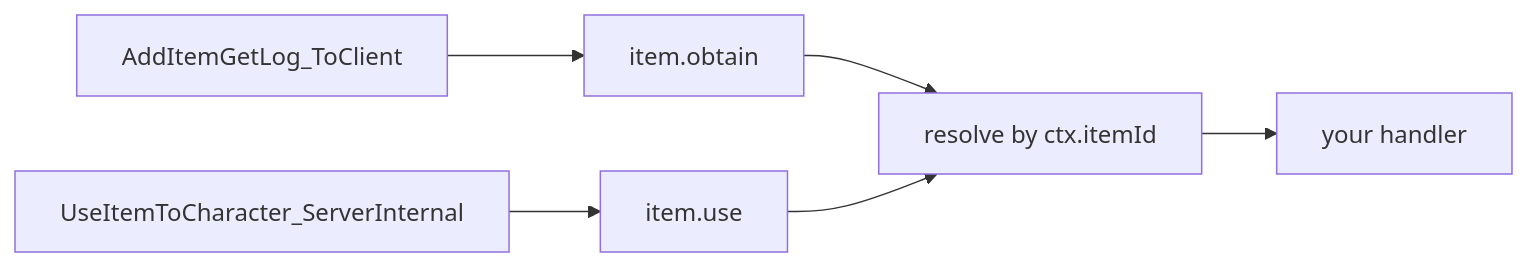
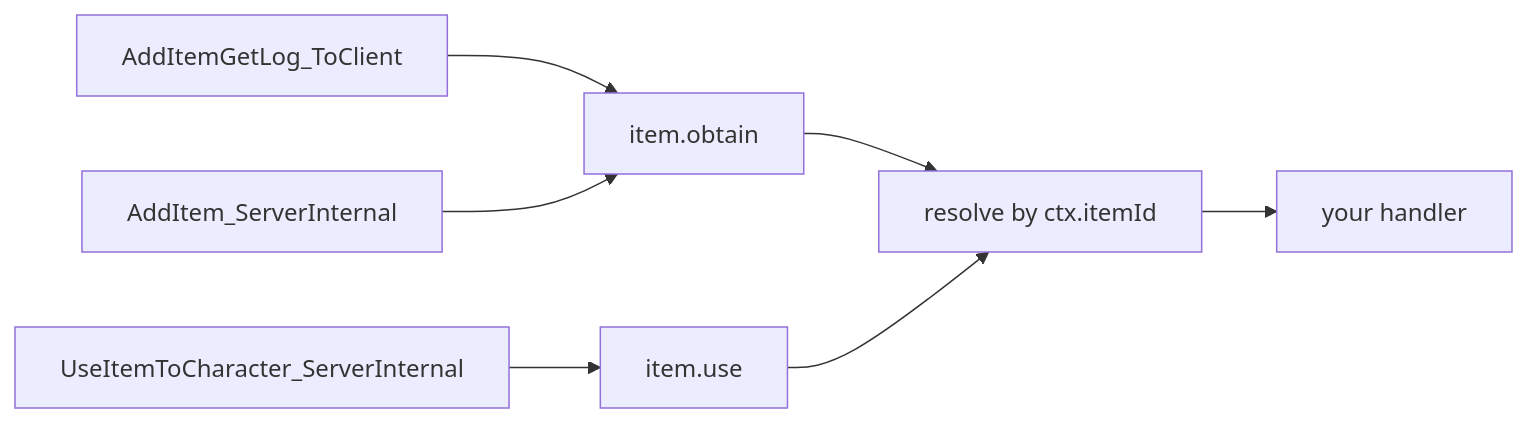
The second of 5 diagrams in docs/content/docs/api/item.ja.mdx (dr-mikan/PalForge), drawn with Mermaid before and after one commit. The commit also changed other lines of this file and 84 other files, not shown here.

````diff
--- a/docs/content/docs/api/item.ja.mdx
+++ b/docs/content/docs/api/item.ja.mdx
@@ -222,8 +232,9 @@
 ```mermaid
 flowchart LR
   A["AddItemGetLog_ToClient"] --> B["item.obtain"]
+  G["AddItem_ServerInternal"] --> B
   C["UseItemToCharacter_ServerInternal"] --> D["item.use"]
   B --> E["resolve by ctx.itemId"]
   D --> E
   E --> F[your handler]
 ```
````
